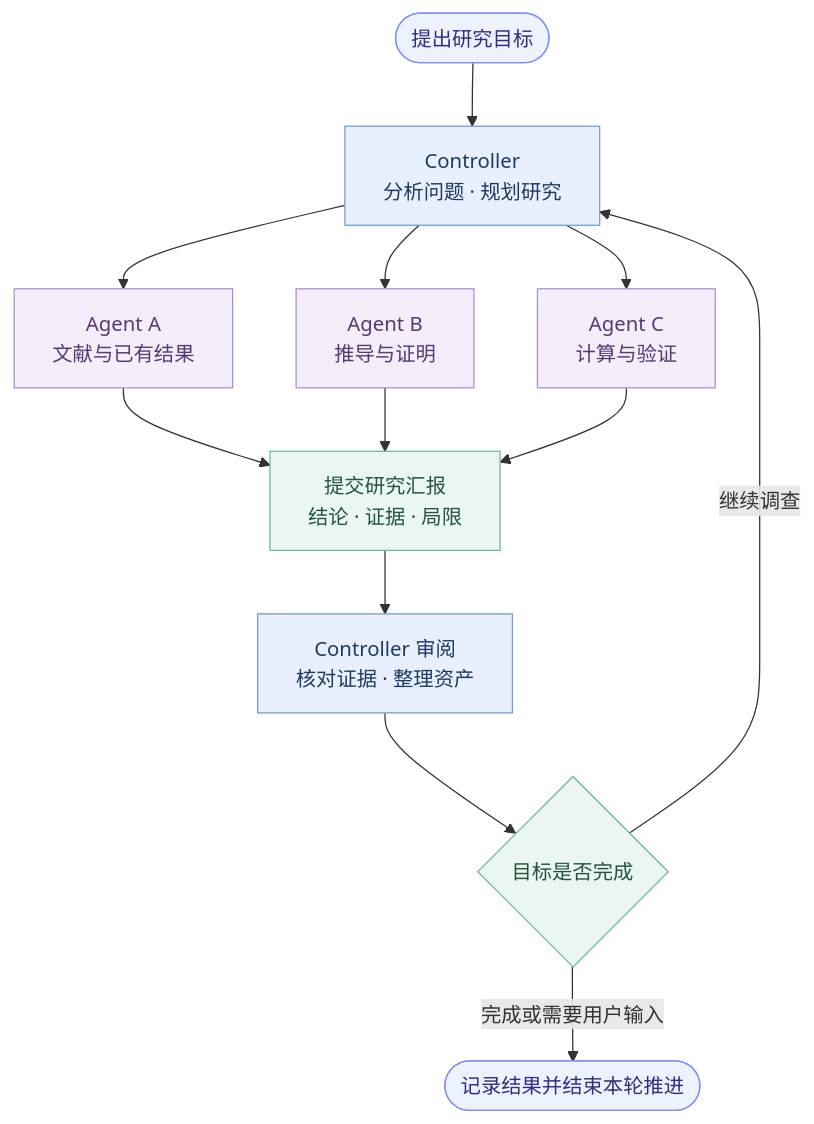
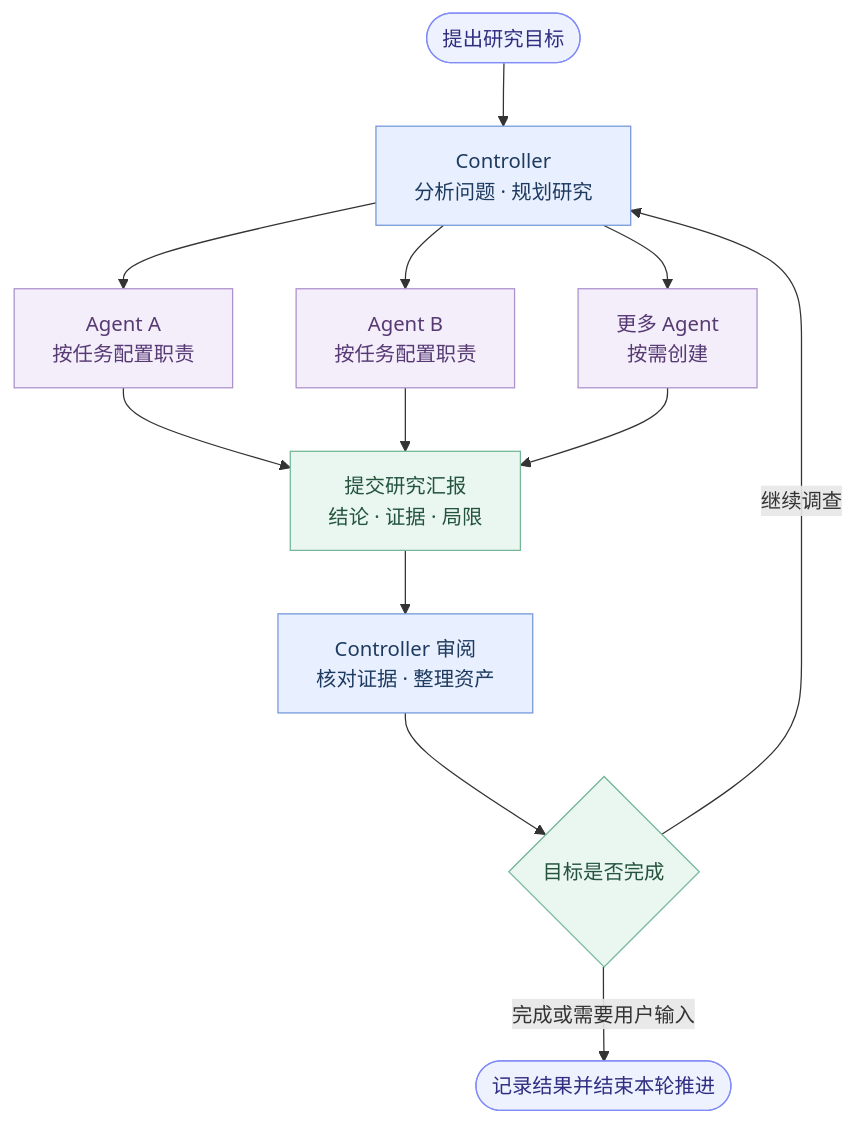
Before and after one commit to DeepMathLLM/DeepSeek-math-exploration: the first of 4 diagrams in workbench/README.md, drawn with Mermaid. The commit also changed other lines of this file, not shown here.

````diff
--- a/workbench/README.md
+++ b/workbench/README.md
@@ -62,22 +76,22 @@
 ```mermaid
 flowchart TB
     U([提出研究目标]) --> C[Controller<br/>分析问题 · 规划研究]
-    C --> A[Agent A<br/>文献与已有结果]
-    C --> B[Agent B<br/>推导与证明]
-    C --> D[Agent C<br/>计算与验证]
+    C --> A[Agent A<br/>按任务配置职责]
+    C --> B[Agent B<br/>按任务配置职责]
+    C --> D[更多 Agent<br/>按需创建]
     A --> R[提交研究汇报<br/>结论 · 证据 · 局限]
     B --> R
     D --> R
     R --> V[Controller 审阅<br/>核对证据 · 整理资产]
     V --> G{目标是否完成}
     G -->|继续调查| C
     G -->|完成或需要用户输入| E([记录结果并结束本轮推进])
     classDef goal fill:#eef2ff,stroke:#818cf8,color:#312e81
     classDef controller fill:#e8f0ff,stroke:#7398db,color:#1e3a5f
     classDef agent fill:#f3eefa,stroke:#ad91cd,color:#573974
     classDef result fill:#eaf7f0,stroke:#75b798,color:#24543e
     class U,E goal
     class C,V controller
     class A,B,D agent
     class R,G result
 ```
````
